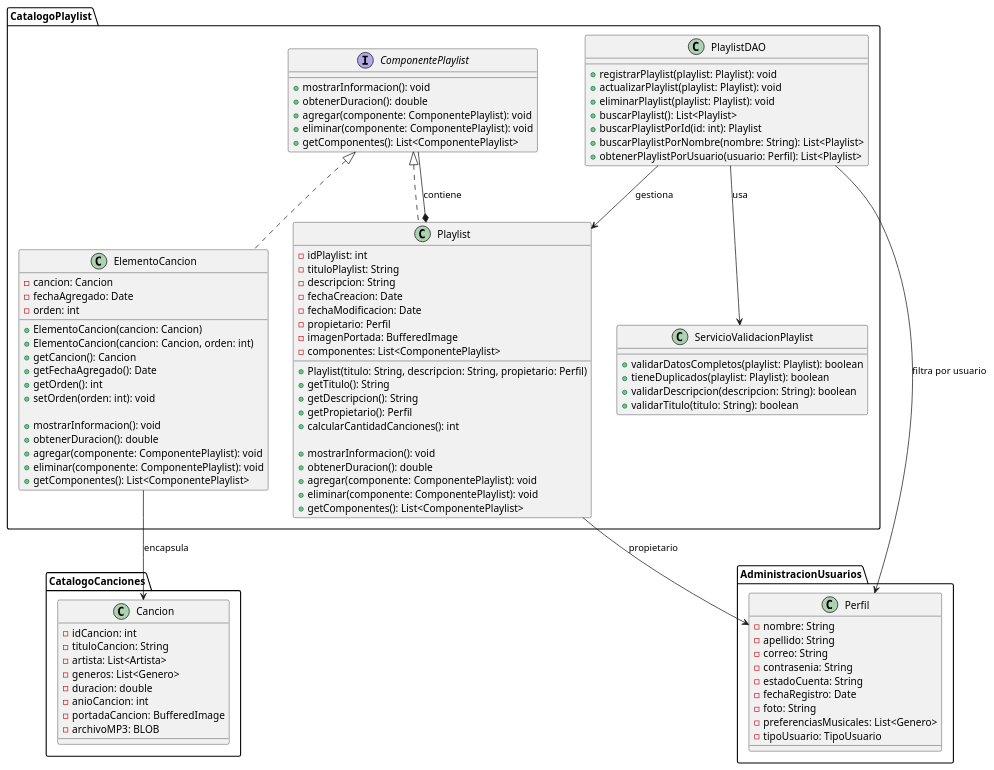
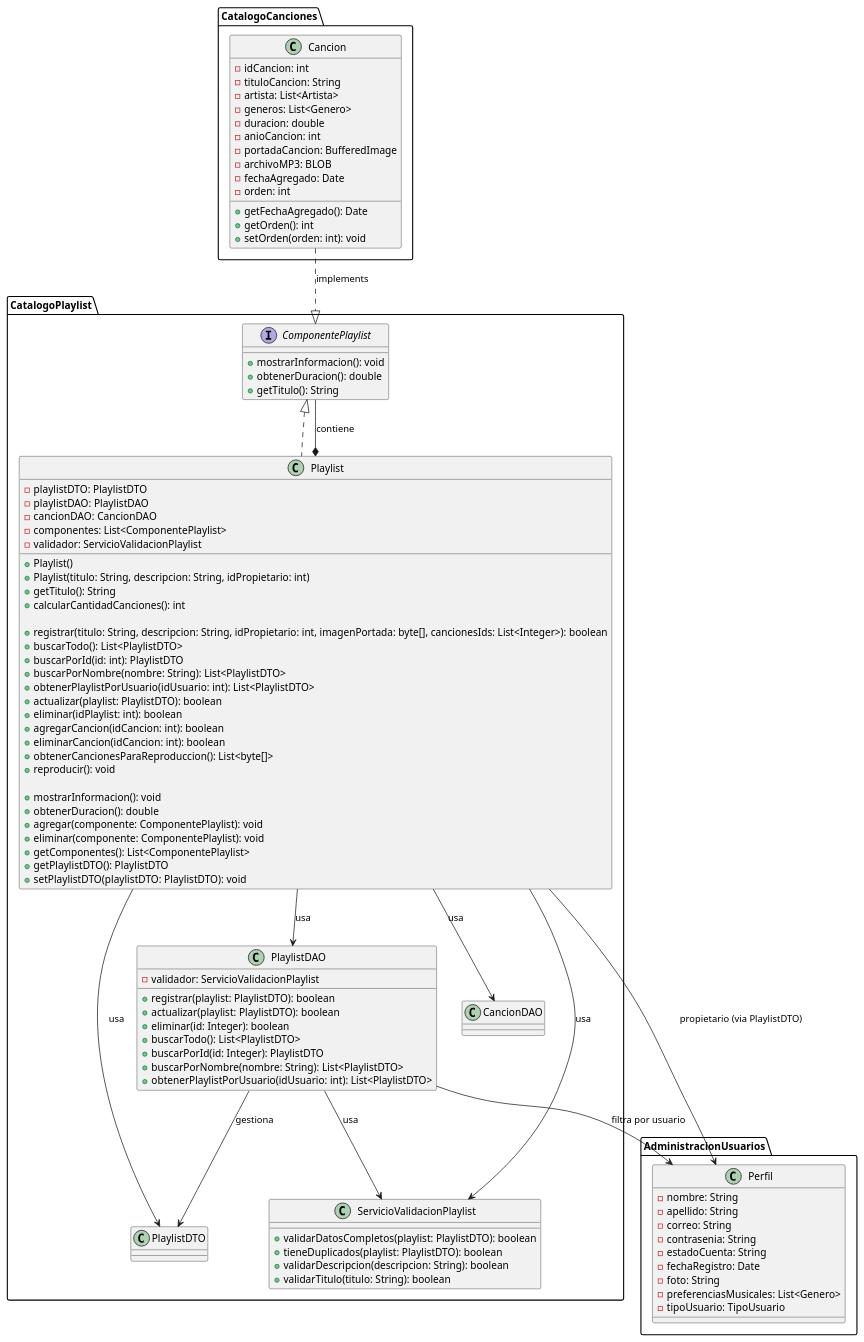
One commit to BaphomeT-T/InkHarmony changed the diagram in design/CatalogoPlaylist.puml. Above: the diagram before and after it, drawn with PlantUML.

```diff
--- a/design/CatalogoPlaylist.puml
+++ b/design/CatalogoPlaylist.puml
@@ -1,110 +1,108 @@
-@startuml
 package "CatalogoPlaylist" {
 
     interface "ComponentePlaylist" {
         +mostrarInformacion(): void
         +obtenerDuracion(): double
-        +agregar(componente: ComponentePlaylist): void
-        +eliminar(componente: ComponentePlaylist): void
-        +getComponentes(): List<ComponentePlaylist>
+        +getTitulo(): String
     }
 
     class "Playlist" implements "ComponentePlaylist" {
-        -idPlaylist: int
-        -tituloPlaylist: String
-        -descripcion: String
-        -fechaCreacion: Date
-        -fechaModificacion: Date
-        -propietario: Perfil
-        -imagenPortada: BufferedImage
+        -playlistDTO: PlaylistDTO
+        -playlistDAO: PlaylistDAO
+        -cancionDAO: CancionDAO
         -componentes: List<ComponentePlaylist>
+        -validador: ServicioValidacionPlaylist
 
-        +Playlist(titulo: String, descripcion: String, propietario: Perfil)
+ +Playlist()
+        +Playlist(titulo: String, descripcion: String, idPropietario: int)
         +getTitulo(): String
-        +getDescripcion(): String
-        +getPropietario(): Perfil
         +calcularCantidadCanciones(): int
+
+        +registrar(titulo: String, descripcion: String, idPropietario: int, imagenPortada: byte[], cancionesIds: List<Integer>): boolean
+        +buscarTodo(): List<PlaylistDTO>
+        +buscarPorId(id: int): PlaylistDTO
+        +buscarPorNombre(nombre: String): List<PlaylistDTO>
+        +obtenerPlaylistPorUsuario(idUsuario: int): List<PlaylistDTO>
+        +actualizar(playlist: PlaylistDTO): boolean
+        +eliminar(idPlaylist: int): boolean
+        +agregarCancion(idCancion: int): boolean
+        +eliminarCancion(idCancion: int): boolean
+        +obtenerCancionesParaReproduccion(): List<byte[]>
+        +reproducir(): void
 
         +mostrarInformacion(): void
         +obtenerDuracion(): double
         +agregar(componente: ComponentePlaylist): void
         +eliminar(componente: ComponentePlaylist): void
         +getComponentes(): List<ComponentePlaylist>
-    }
-
-    class "ElementoCancion" implements "ComponentePlaylist" {
-        -cancion: Cancion
-        -fechaAgregado: Date
-        -orden: int
-
-        +ElementoCancion(cancion: Cancion)
-        +ElementoCancion(cancion: Cancion, orden: int)
-        +getCancion(): Cancion
-        +getFechaAgregado(): Date
-        +getOrden(): int
-        +setOrden(orden: int): void
-
-        ' Implementación de ComponentePlaylist (interfaz común)
-        +mostrarInformacion(): void
-        +obtenerDuracion(): double
-        +agregar(componente: ComponentePlaylist): void
-        +eliminar(componente: ComponentePlaylist): void
-        +getComponentes(): List<ComponentePlaylist>
+        +getPlaylistDTO(): PlaylistDTO
+        +setPlaylistDTO(playlistDTO: PlaylistDTO): void
     }
 
     class "PlaylistDAO" {
-        +registrarPlaylist(playlist: Playlist): void
-        +actualizarPlaylist(playlist: Playlist): void
-        +eliminarPlaylist(playlist: Playlist): void
-        +buscarPlaylist(): List<Playlist>
-        +buscarPlaylistPorId(id: int): Playlist
-        +buscarPlaylistPorNombre(nombre: String): List<Playlist>
-        +obtenerPlaylistPorUsuario(usuario: Perfil): List<Playlist>
+        -validador: ServicioValidacionPlaylist
+
+        +registrar(playlist: PlaylistDTO): boolean
+        +actualizar(playlist: PlaylistDTO): boolean
+        +eliminar(id: Integer): boolean
+        +buscarTodo(): List<PlaylistDTO>
+        +buscarPorId(id: Integer): PlaylistDTO
+        +buscarPorNombre(nombre: String): List<PlaylistDTO>
+        +obtenerPlaylistPorUsuario(idUsuario: int): List<PlaylistDTO>
     }
 
     class "ServicioValidacionPlaylist" {
-        +validarDatosCompletos(playlist: Playlist): boolean
-        +tieneDuplicados(playlist: Playlist): boolean
+        +validarDatosCompletos(playlist: PlaylistDTO): boolean
+        +tieneDuplicados(playlist: PlaylistDTO): boolean
         +validarDescripcion(descripcion: String): boolean
         +validarTitulo(titulo: String): boolean
     }
 
     PlaylistDAO --> ServicioValidacionPlaylist : usa
-    PlaylistDAO --> Playlist : gestiona
+    PlaylistDAO --> PlaylistDTO : gestiona
+    Playlist --> PlaylistDTO : usa
+    Playlist --> PlaylistDAO : usa
+    Playlist --> CancionDAO : usa
+    Playlist --> ServicioValidacionPlaylist : usa
     Playlist *-- ComponentePlaylist : contiene
 }
 
 package "CatalogoCanciones" {
     class "Cancion" {
         -idCancion: int
         -tituloCancion: String
         -artista: List<Artista>
         -generos: List<Genero>
         -duracion: double
         -anioCancion: int
         -portadaCancion: BufferedImage
         -archivoMP3: BLOB
+        -fechaAgregado: Date
+        -orden: int
 
+        +getFechaAgregado(): Date
+        +getOrden(): int
+        +setOrden(orden: int): void
     }
-    ElementoCancion --> Cancion : encapsula
 }
 
 package "AdministracionUsuarios" {
     class "Perfil" {
         -nombre: String
         -apellido: String
         -correo: String
         -contrasenia: String
         -estadoCuenta: String
         -fechaRegistro: Date
         -foto: String
         -preferenciasMusicales: List<Genero>
         -tipoUsuario: TipoUsuario
-
     }
 }
 
-Playlist --> Perfil : propietario
+' Relaciones de implementación
+Cancion ..|> ComponentePlaylist : implements
+
+' Relaciones adicionales
+Playlist --> Perfil : propietario (via PlaylistDTO)
 PlaylistDAO --> Perfil : filtra por usuario
-
-@enduml
```
